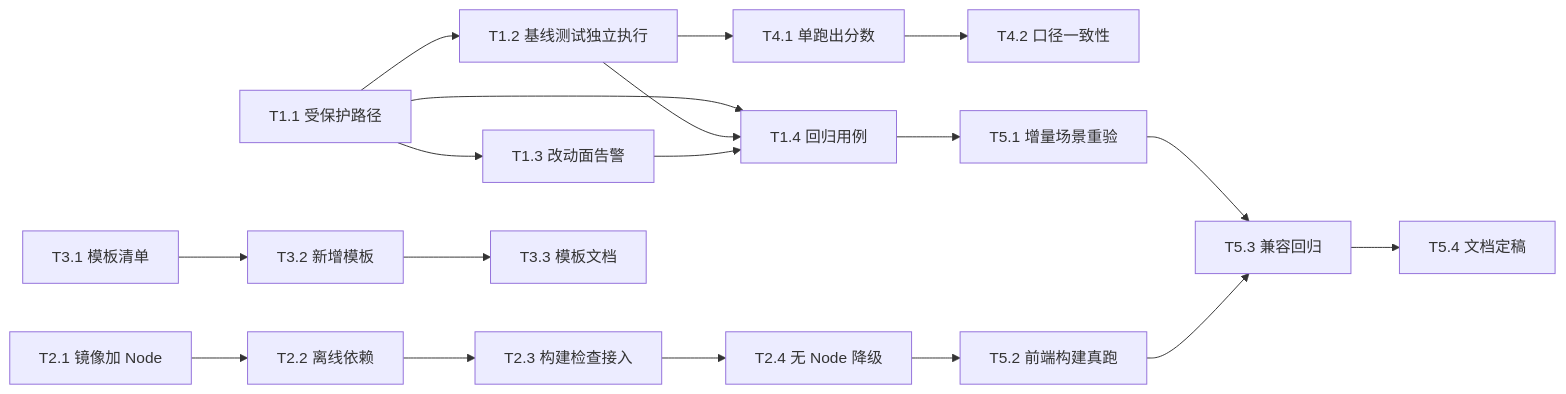
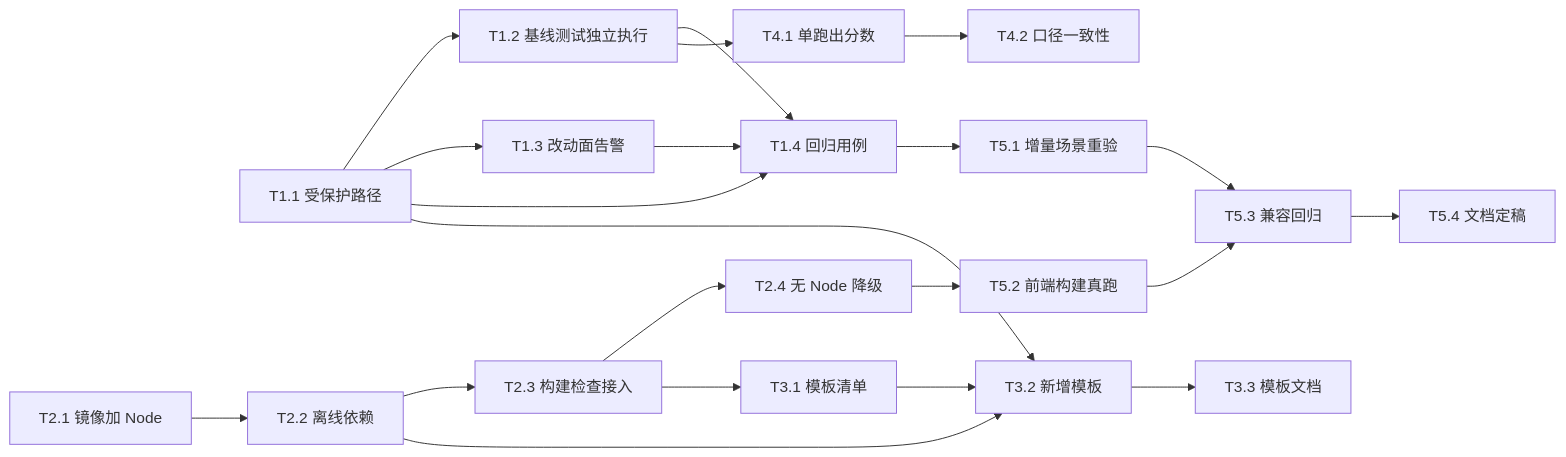
One commit to Eeyore104/Ymir-Agent changed the diagram in docs/11-增量设计与任务列表-v1.3.md. Above: the diagram before and after it, drawn with Mermaid. The commit also changed other lines of this file and 6 other files, not shown here.

````diff
--- a/docs/11-增量设计与任务列表-v1.3.md
+++ b/docs/11-增量设计与任务列表-v1.3.md
@@ -114,20 +116,24 @@
 ```mermaid
 graph LR
     T11["T1.1 受保护路径"] --> T12["T1.2 基线测试独立执行"]
     T11 --> T13["T1.3 改动面告警"]
     T11 --> T14["T1.4 回归用例"]
     T12 --> T14
     T13 --> T14
     T21["T2.1 镜像加 Node"] --> T22["T2.2 离线依赖"]
     T22 --> T23["T2.3 构建检查接入"]
     T23 --> T24["T2.4 无 Node 降级"]
     T31["T3.1 模板清单"] --> T32["T3.2 新增模板"]
     T32 --> T33["T3.3 模板文档"]
     T12 --> T41["T4.1 单跑出分数"]
     T41 --> T42["T4.2 口径一致性"]
     T14 --> T51["T5.1 增量场景重验"]
     T24 --> T52["T5.2 前端构建真跑"]
     T51 --> T53["T5.3 兼容回归"]
     T52 --> T53
     T53 --> T54["T5.4 文档定稿"]
+    %% ---- v1.3-r2（§7 实施设计）追加的依赖边 ----
+    T11 --> T32
+    T22 --> T32
+    T23 --> T31
 ```
````
